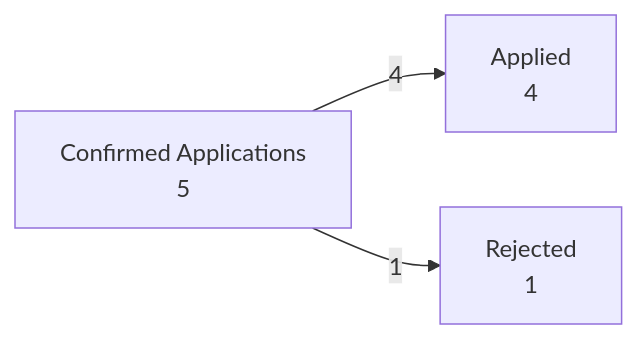
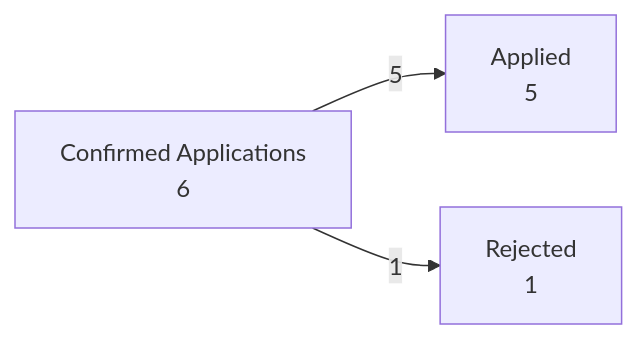
One commit to suhas-sunder/job-apps changed the diagram in Dashboard.md. Above: the diagram before and after it, drawn with Mermaid. The commit also changed other lines of this file, not shown here.

````diff
--- a/Dashboard.md
+++ b/Dashboard.md
@@ -14,5 +14,5 @@
 ```mermaid
 flowchart LR
-    S["Confirmed Applications<br/>5"] -->|4| A["Applied<br/>4"]
+    S["Confirmed Applications<br/>6"] -->|5| A["Applied<br/>5"]
     S -->|1| R["Rejected<br/>1"]
 ```
````
